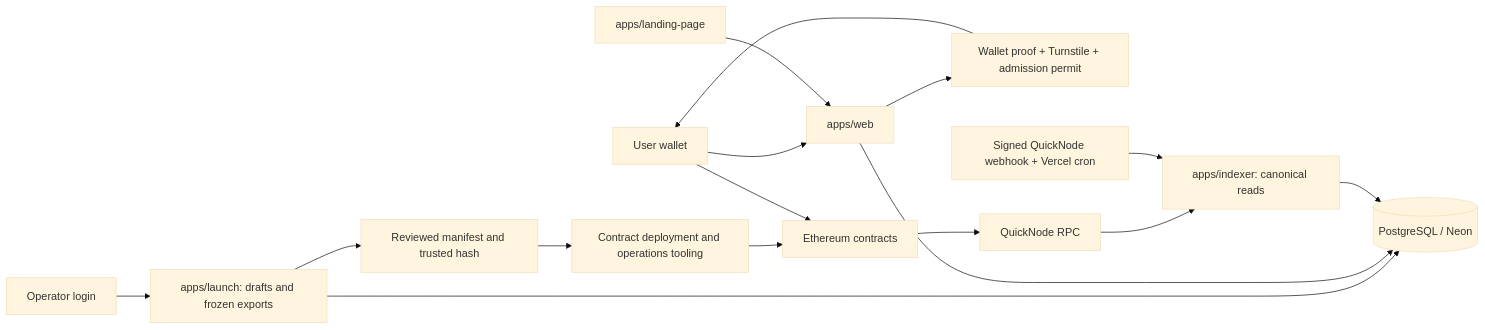
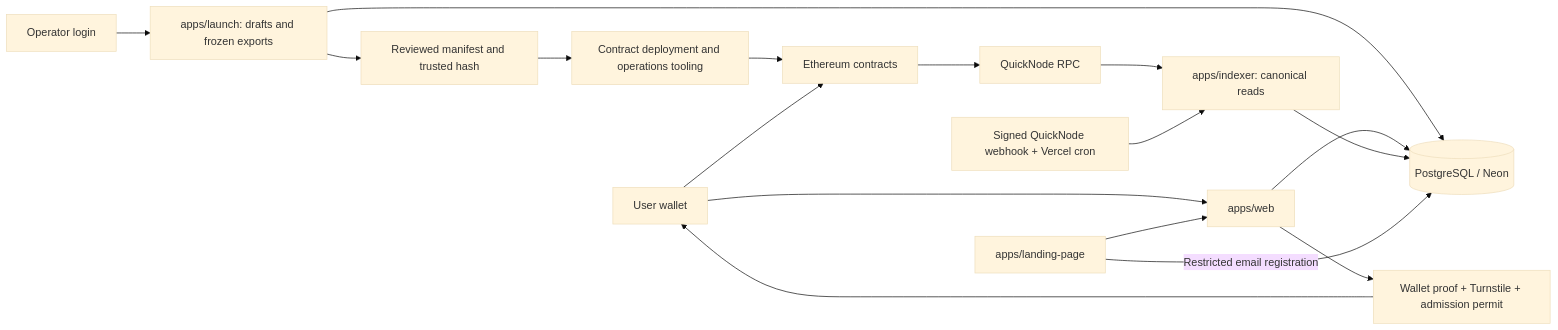
The first of 2 diagrams in docs/architecture.md (lucascosta1996/manekineko), drawn with Mermaid (base theme) before and after one commit. The commit also changed other lines of this file and 83 other files, not shown here.

````diff
--- a/docs/architecture.md
+++ b/docs/architecture.md
@@ -58,18 +58,19 @@
 ```mermaid
 flowchart LR
   Operator[Operator login] --> Launch[apps/launch: drafts and frozen exports]
   Launch --> DB[(PostgreSQL / Neon)]
   Launch --> Export[Reviewed manifest and trusted hash]
   Export --> CLI[Contract deployment and operations tooling]
   CLI --> Chain[Ethereum contracts]
   Wallet[User wallet] --> Web[apps/web]
   Web --> DB
   Web --> Admission[Wallet proof + Turnstile + admission permit]
   Admission --> Wallet
   Wallet --> Chain
   Chain --> RPC[QuickNode RPC]
   RPC --> Indexer[apps/indexer: canonical reads]
   Hook[Signed QuickNode webhook + Vercel cron] --> Indexer
   Indexer --> DB
   Landing[apps/landing-page] --> Web
+  Landing -->|Restricted email registration| DB
 ```
````
